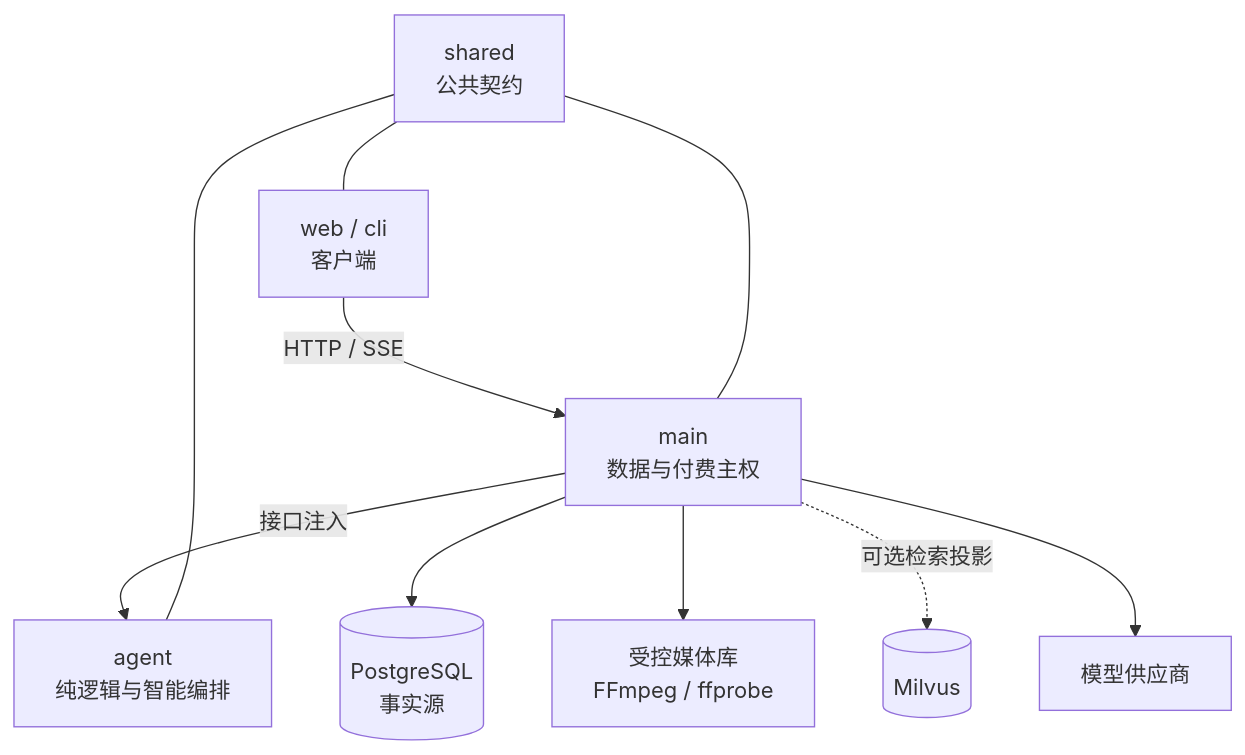
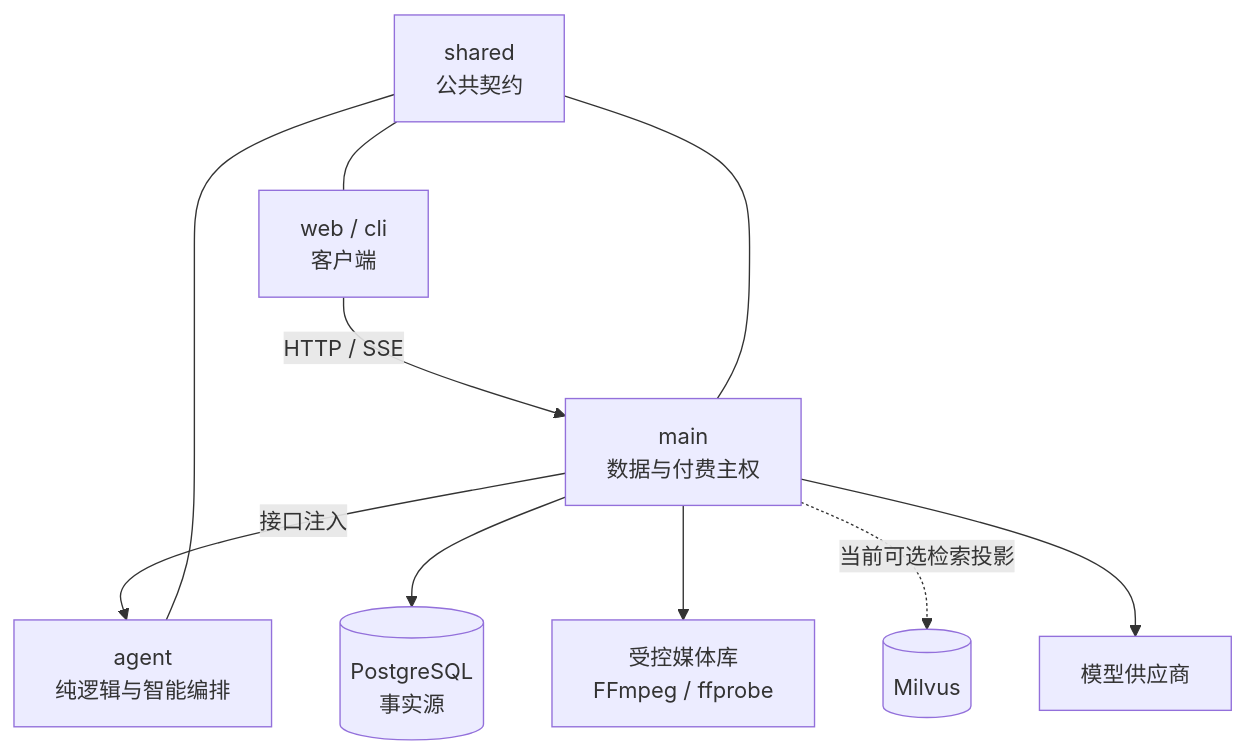
Before and after one commit to K80Tom/frame-shortdrama-agent: the fourth of 4 diagrams in README.md, drawn with Mermaid. The commit also changed other lines of this file and 4 other files, not shown here.

Commit message:
docs: define production architecture roadmap

````diff
--- a/README.md
+++ b/README.md
@@ -133,12 +160,12 @@
 ```mermaid
 flowchart TB
     WEB[web / cli<br/>客户端] -->|HTTP / SSE| MAIN[main<br/>数据与付费主权]
     MAIN -->|接口注入| AGENT[agent<br/>纯逻辑与智能编排]
     MAIN --> PG[(PostgreSQL<br/>事实源)]
     MAIN --> MEDIA[受控媒体库<br/>FFmpeg / ffprobe]
-    MAIN -.可选检索投影.-> MILVUS[(Milvus)]
+    MAIN -.当前可选检索投影.-> MILVUS[(Milvus)]
     MAIN --> PROVIDERS[模型供应商]
     SHARED[shared<br/>公共契约] --- WEB
     SHARED --- MAIN
     SHARED --- AGENT
 ```
````
